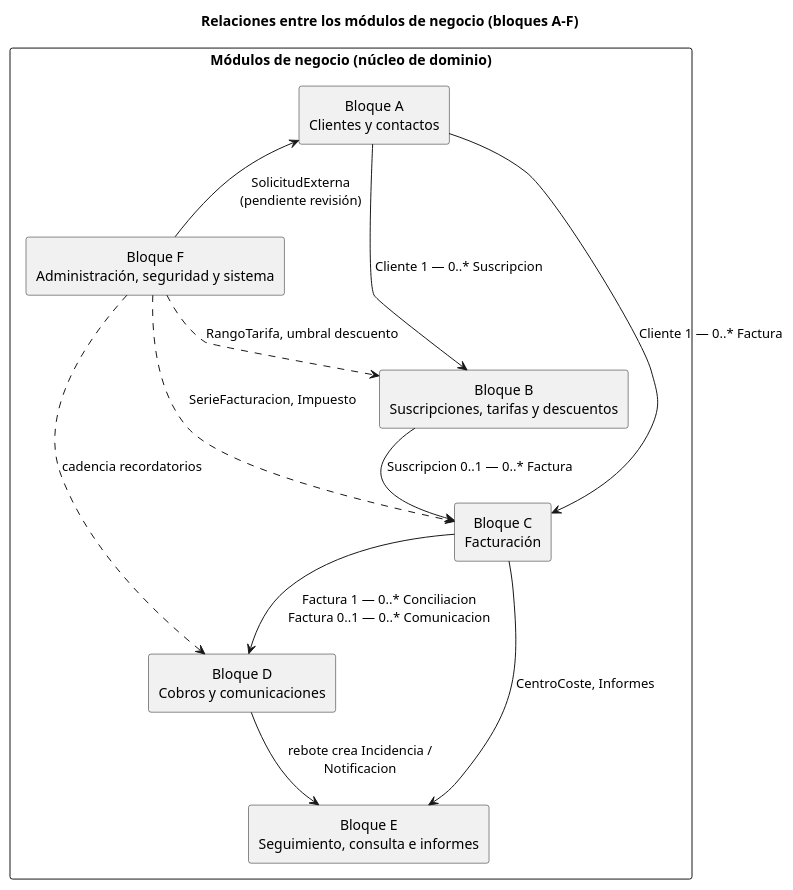
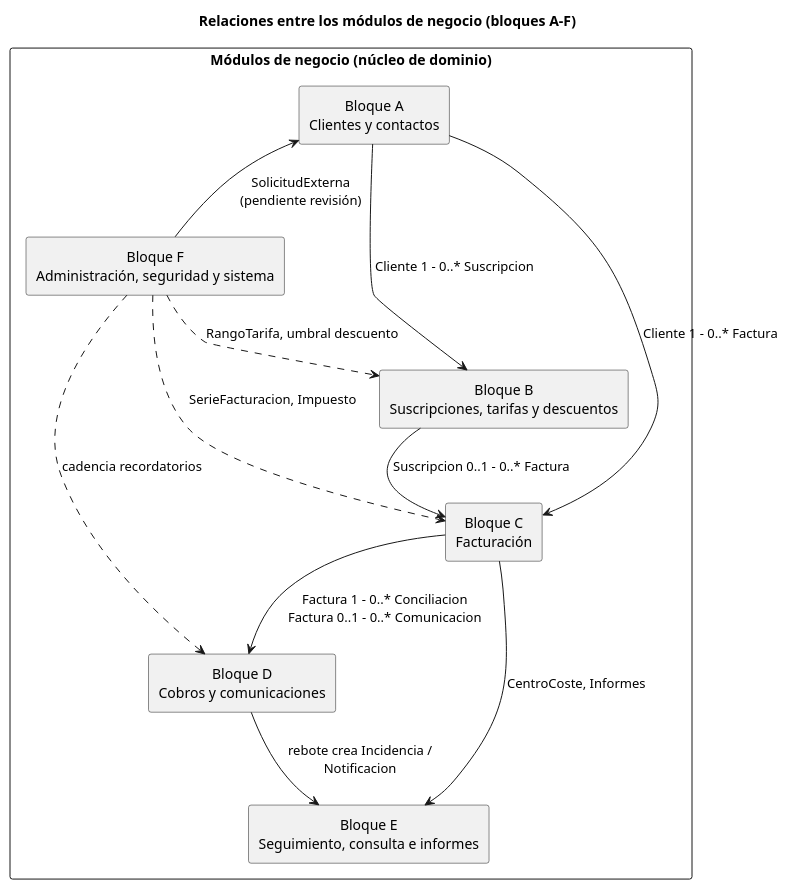
The diagram in entrega2/diagramas/arquitectura_dominio.puml (suqihao-star/JIRAFAS), drawn with PlantUML before and after one commit. The commit also changed 1 other file, not shown here.

```diff
--- a/entrega2/diagramas/arquitectura_dominio.puml
+++ b/entrega2/diagramas/arquitectura_dominio.puml
@@ -1,38 +1,38 @@
 @startuml arquitectura_dominio
 title Relaciones entre los módulos de negocio (bloques A-F)
 skinparam componentStyle rectangle
 skinparam packageStyle rectangle
 skinparam shadowing false
 skinparam defaultTextAlignment center
 skinparam nodesep 45
 skinparam ranksep 55
 top to bottom direction
 
 package "Módulos de negocio (núcleo de dominio)" as DOMINIO {
   [Bloque A\nClientes y contactos] as MA
   [Bloque B\nSuscripciones, tarifas y descuentos] as MB
   [Bloque C\nFacturación] as MC
   [Bloque D\nCobros y comunicaciones] as MD
   [Bloque E\nSeguimiento, consulta e informes] as ME
   [Bloque F\nAdministración, seguridad y sistema] as MF
 
   MA -[hidden]right- MB
   MB -[hidden]right- MC
   MF -[hidden]right- MD
   MD -[hidden]right- ME
   MA -[hidden]down- MF
   MB -[hidden]down- MD
   MC -[hidden]down- ME
 }
 
-MA --> MB : Cliente 1 — 0..* Suscripcion
-MB --> MC : Suscripcion 0..1 — 0..* Factura
-MA --> MC : Cliente 1 — 0..* Factura
-MC --> MD : Factura 1 — 0..* Conciliacion\nFactura 0..1 — 0..* Comunicacion
+MA --> MB : Cliente 1 - 0..* Suscripcion
+MB --> MC : Suscripcion 0..1 - 0..* Factura
+MA --> MC : Cliente 1 - 0..* Factura
+MC --> MD : Factura 1 - 0..* Conciliacion\nFactura 0..1 - 0..* Comunicacion
 MD --> ME : rebote crea Incidencia /\nNotificacion
 MC --> ME : CentroCoste, Informes
 MF ..> MC : SerieFacturacion, Impuesto
 MF ..> MB : RangoTarifa, umbral descuento
 MF ..> MD : cadencia recordatorios
 MF --> MA : SolicitudExterna\n(pendiente revisión)
 @enduml
```
